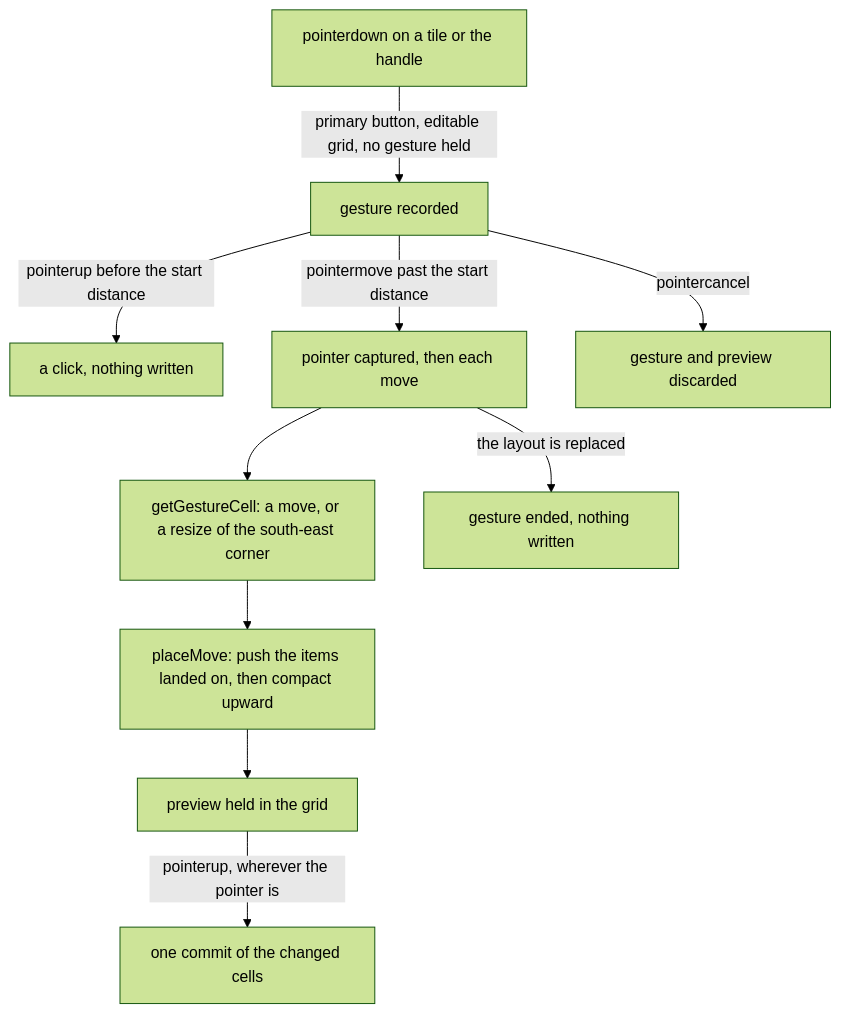
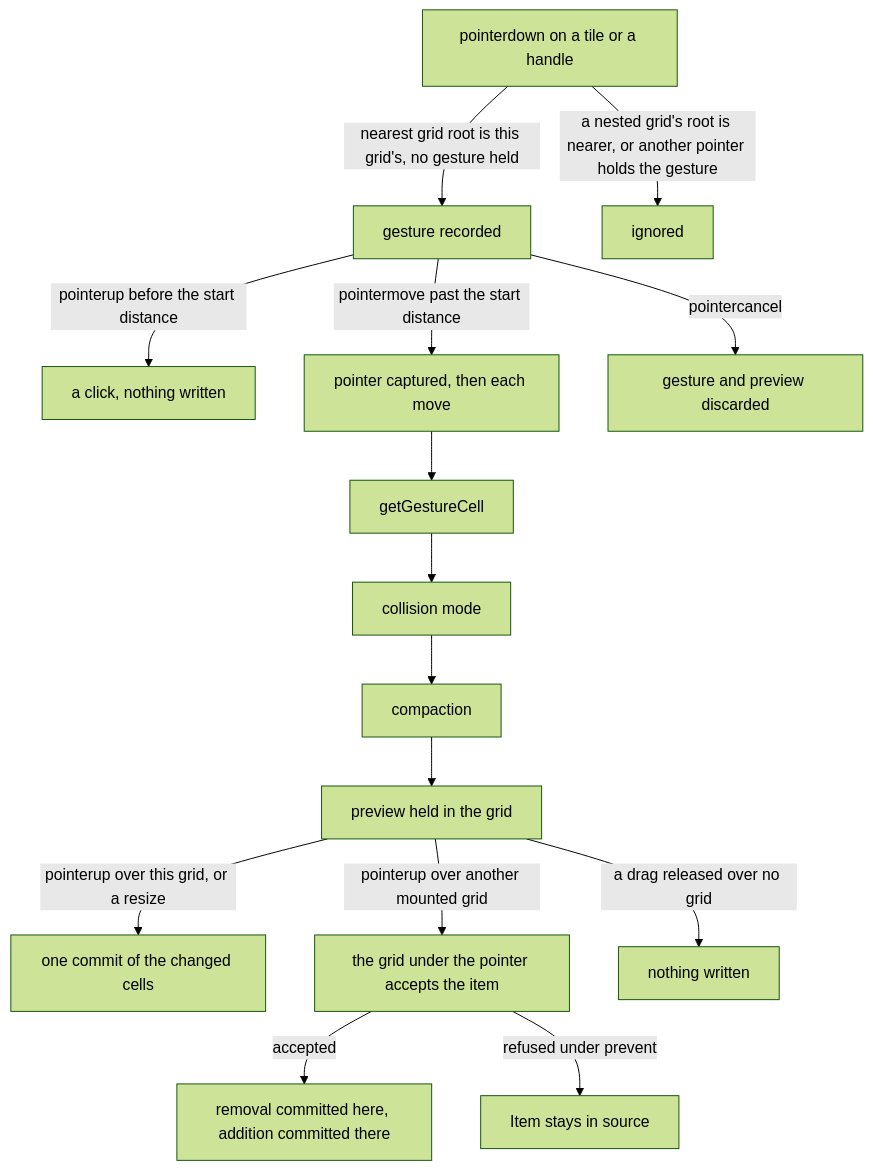
Before and after one commit to Esposter/Esposter: the diagram in openspec/specs/vue-grid-layout-headless/grid-layout/design.md, drawn with Mermaid (forest theme). The commit also changed other lines of this file and 95 other files, not shown here.

````diff
--- a/openspec/specs/vue-grid-layout-headless/grid-layout/design.md
+++ b/openspec/specs/vue-grid-layout-headless/grid-layout/design.md
@@ -13,12 +13,17 @@
 ```mermaid
 flowchart TD
-  press["pointerdown on a tile or the handle"] -->|"primary button, editable grid, no gesture held"| gesture["gesture recorded"]
+  press["pointerdown on a tile or a handle"] -->|"nearest grid root is this grid's, no gesture held"| gesture["gesture recorded"]
+  press -->|"a nested grid's root is nearer, or another pointer holds the gesture"| ignored["ignored"]
   gesture -->|"pointerup before the start distance"| click["a click, nothing written"]
   gesture -->|"pointermove past the start distance"| captured["pointer captured, then each move"]
-  captured --> cell["getGestureCell: a move, or a resize of the south-east corner"]
-  cell --> place["placeMove: push the items landed on, then compact upward"]
-  place --> preview["preview held in the grid"]
-  preview -->|"pointerup, wherever the pointer is"| commit["one commit of the changed cells"]
-  captured -->|"the layout is replaced"| ended["gesture ended, nothing written"]
+  captured --> cell["getGestureCell"]
+  cell --> collide["collision mode"]
+  collide --> compact["compaction"]
+  compact --> preview["preview held in the grid"]
+  preview -->|"pointerup over this grid, or a resize"| commit["one commit of the changed cells"]
+  preview -->|"pointerup over another mounted grid"| handoff["the grid under the pointer accepts the item"]
+  handoff -->|"accepted"| transferred["removal committed here, addition committed there"]
+  handoff -->|"refused under prevent"| refused["Item stays in source"]
+  preview -->|"a drag released over no grid"| dropped["nothing written"]
   gesture -->|"pointercancel"| discarded["gesture and preview discarded"]
 ```
````
